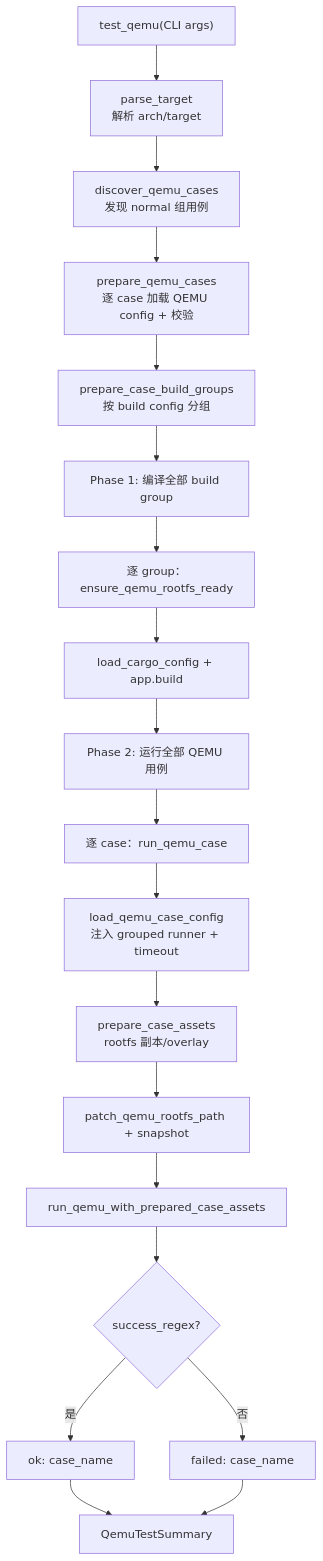
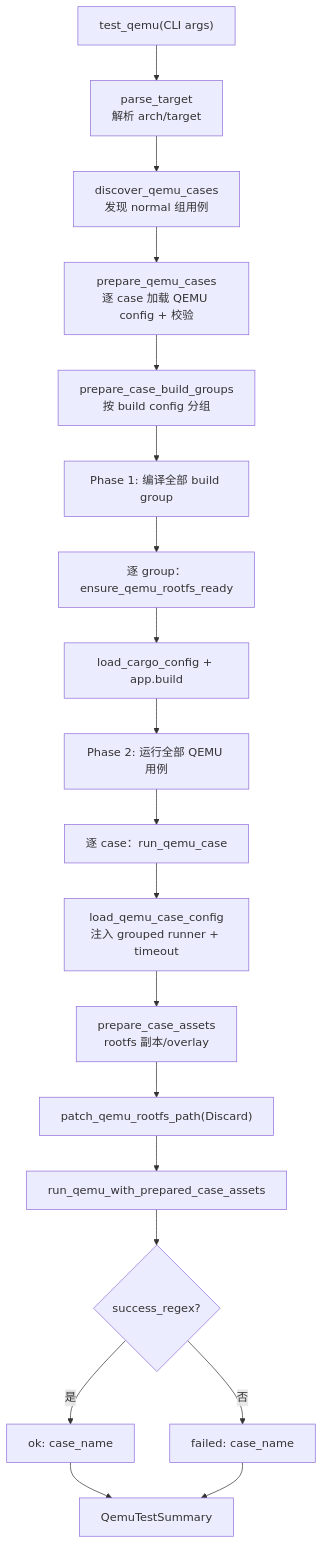
Before and after one commit to qcl-kernel/tgoskits-liangce: the first of 2 diagrams in 阶段性验收/02-源码快照/tgoskits/docs/docs/build/axvisor/test.md, drawn with Mermaid. The commit also changed other lines of this file and 1376 other files, not shown here.

````diff
--- a/阶段性验收/02-源码快照/tgoskits/docs/docs/build/axvisor/test.md
+++ b/阶段性验收/02-源码快照/tgoskits/docs/docs/build/axvisor/test.md
@@ -49,21 +49,21 @@
 ```mermaid
 flowchart TD
     A["test_qemu(CLI args)"] --> B["parse_target<br/>解析 arch/target"]
     B --> C["discover_qemu_cases<br/>发现 normal 组用例"]
     C --> D["prepare_qemu_cases<br/>逐 case 加载 QEMU config + 校验"]
     D --> E["prepare_case_build_groups<br/>按 build config 分组"]
     E --> F["Phase 1: 编译全部 build group"]
     F --> F1["逐 group：ensure_qemu_rootfs_ready"]
     F1 --> F2["load_cargo_config + app.build"]
     F2 --> G["Phase 2: 运行全部 QEMU 用例"]
     G --> H["逐 case：run_qemu_case"]
     H --> I["load_qemu_case_config<br/>注入 grouped runner + timeout"]
     I --> J["prepare_case_assets<br/>rootfs 副本/overlay"]
-    J --> K["patch_qemu_rootfs_path + snapshot"]
+    J --> K["patch_qemu_rootfs_path(Discard)"]
     K --> L["run_qemu_with_prepared_case_assets"]
     L --> M{"success_regex?"}
     M -->|是| N["ok: case_name"]
     M -->|否| O["failed: case_name"]
     N --> P["QemuTestSummary"]
     O --> P
 ```
````
